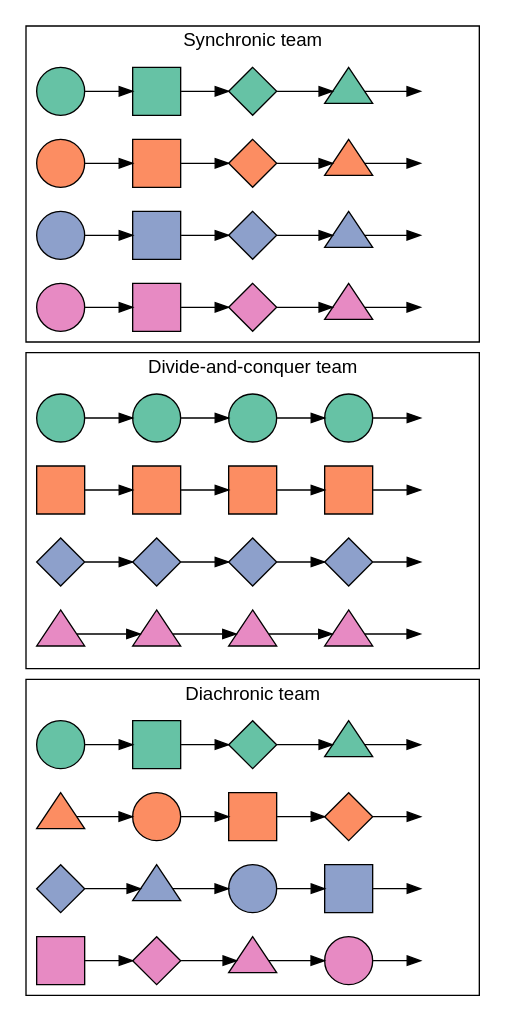
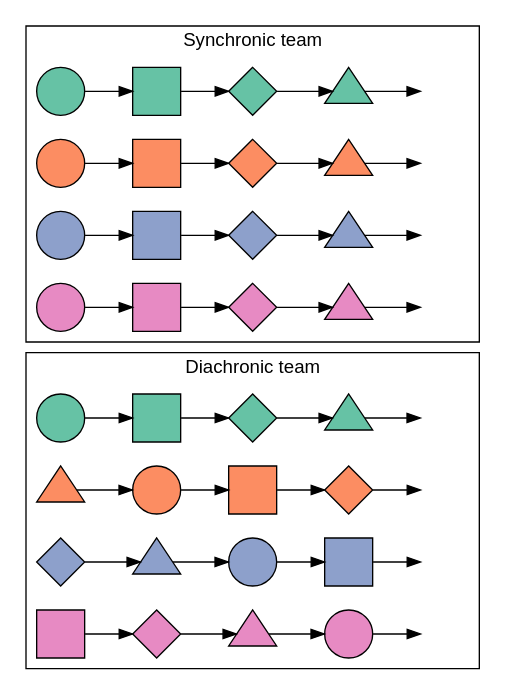
Before and after one commit to pedmiston/diachronic-teams: the diagram in evoteams/inst/extdata/multiple-projects.gv, drawn with Graphviz. The commit also changed 1 other file, not shown here.

Commit message:
Removed divide-and-conquer team

```diff
--- a/evoteams/inst/extdata/multiple-projects.gv
+++ b/evoteams/inst/extdata/multiple-projects.gv
@@ -1,48 +1,40 @@
 digraph {
   fontname=helvetica;
   node[fontname=helvetica; label=""; style=filled; width=0.5];
   rankdir=LR;
-  
+
   // Determine subgraph order
-  d1a, c1a, s1a;
+  d1a, s1a;
 
   // Colors are people
-  s1b, s2b, s3b, s4b, d1b, d2b, d3b, d4b, c1b, c2b, c3b, c4b[fillcolor="#FC8D62"];
-  s1a, s2a, s3a, s4a, d1a, d2a, d3a, d4a, c1a, c2a, c3a, c4a[fillcolor="#66C2A5"];
-  s1c, s2c, s3c, s4c, d1c, d2c, d3c, d4c, c1c, c2c, c3c, c4c[fillcolor="#8DA0CB"];
-  s1d, s2d, s3d, s4d, d1d, d2d, d3d, d4d, c1d, c2d, c3d, c4d[fillcolor="#E78AC3"];
-  
+  s1b, s2b, s3b, s4b, d1b, d2b, d3b, d4b[fillcolor="#FC8D62"];
+  s1a, s2a, s3a, s4a, d1a, d2a, d3a, d4a[fillcolor="#66C2A5"];
+  s1c, s2c, s3c, s4c, d1c, d2c, d3c, d4c[fillcolor="#8DA0CB"];
+  s1d, s2d, s3d, s4d, d1d, d2d, d3d, d4d[fillcolor="#E78AC3"];
+
   // Shapes are projects
-  s1a, s1b, s1c, s1d, d1a, d2b, d3c, d4d, c1a, c2a, c3a, c4a[shape=circle];
-  s2a, s2b, s2c, s2d, d1d, d2a, d3b, d4c, c1b, c2b, c3b, c4b[shape=square];
-  s3a, s3b, s3c, s3d, d1c, d2d, d3a, d4b, c1c, c2c, c3c, c4c[shape=diamond];
-  s4a, s4b, s4c, s4d, d1b, d2c, d3d, d4a, c1d, c2d, c3d, c4d[shape=triangle];
-  
+  s1a, s1b, s1c, s1d, d1a, d2b, d3c, d4d[shape=circle];
+  s2a, s2b, s2c, s2d, d1d, d2a, d3b, d4c[shape=square];
+  s3a, s3b, s3c, s3d, d1c, d2d, d3a, d4b[shape=diamond];
+  s4a, s4b, s4c, s4d, d1b, d2c, d3d, d4a[shape=triangle];
+
   // Invisible last nodes
-  sinv1, sinv2, sinv3, sinv4, dinv1, dinv2, dinv3, dinv4, cinv1, cinv2, cinv3, cinv4[style=invis];
-  
+  sinv1, sinv2, sinv3, sinv4, dinv1, dinv2, dinv3, dinv4[style=invis];
+
   subgraph cluster0 {
     label="Synchronic team";
     s1a -> s2a -> s3a -> s4a -> sinv1;
     s1b -> s2b -> s3b -> s4b -> sinv2;
     s1c -> s2c -> s3c -> s4c -> sinv3;
     s1d -> s2d -> s3d -> s4d -> sinv4;
   }
 
   subgraph cluster1 {
     label="Diachronic team";
     d1a -> d2a -> d3a -> d4a -> dinv1;
     d1b -> d2b -> d3b -> d4b -> dinv2;
     d1c -> d2c -> d3c -> d4c -> dinv3;
     d1d -> d2d -> d3d -> d4d -> dinv4;
   }
-  
-  subgraph cluster2 {
-    label="Divide-and-conquer team";
-    c1a -> c2a -> c3a -> c4a -> cinv1;
-    c1b -> c2b -> c3b -> c4b -> cinv2;
-    c1c -> c2c -> c3c -> c4c -> cinv3;
-    c1d -> c2d -> c3d -> c4d -> cinv4;
-  }
-  
+
 }
```
